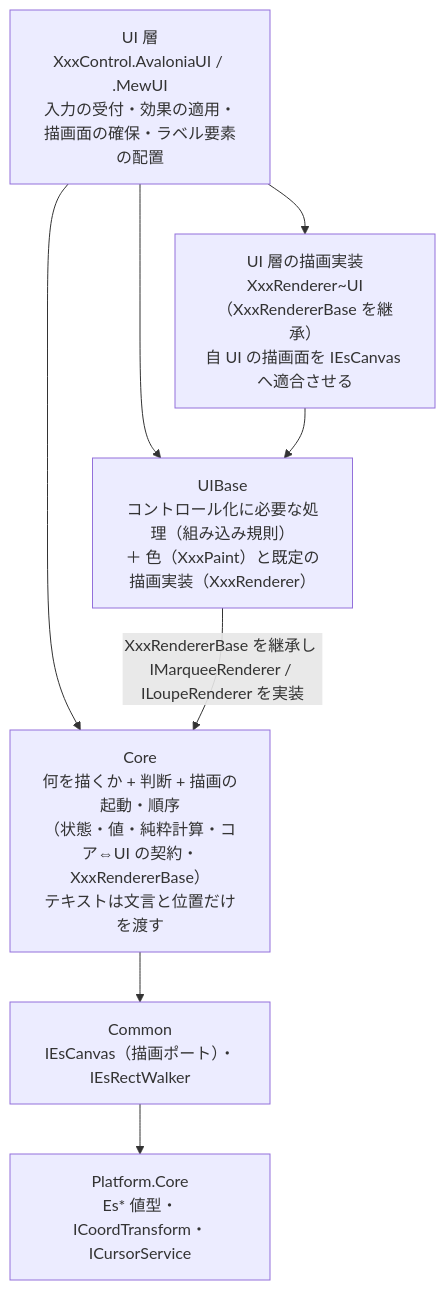
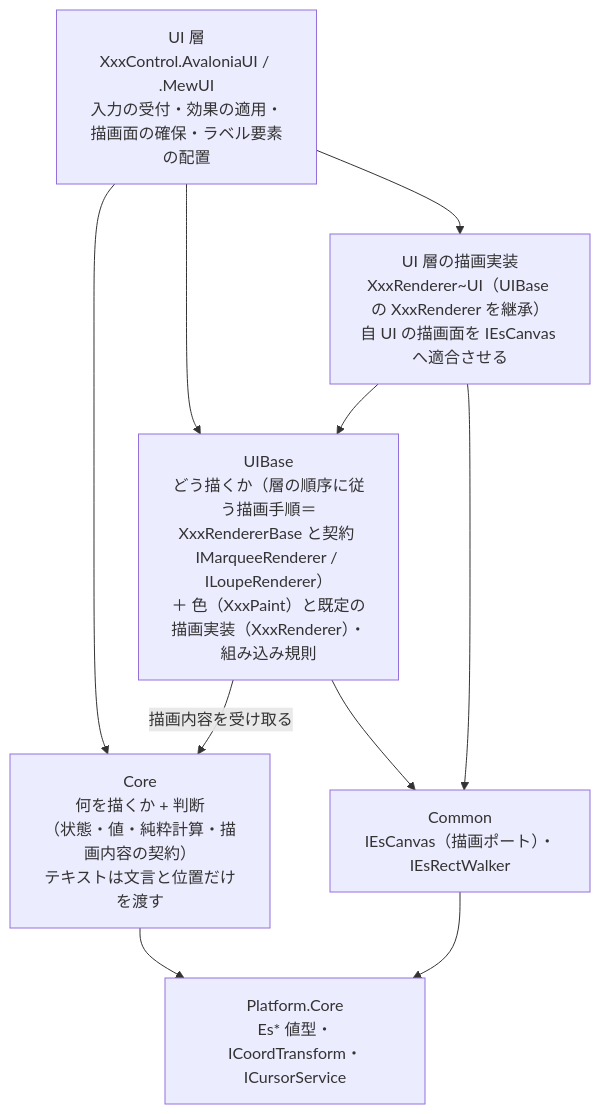
One commit to tomokuni/SaveEvidence changed the second of 2 diagrams in src/README.md. Above: the diagram before and after it, drawn with Mermaid. The commit also changed other lines of this file and 67 other files, not shown here.

````diff
--- a/src/README.md
+++ b/src/README.md
@@ -29,14 +29,16 @@
 ```mermaid
 flowchart TB
     UI["UI 層<br/>XxxControl.AvaloniaUI / .MewUI<br/>入力の受付・効果の適用・描画面の確保・ラベル要素の配置"]
-    UIR["UI 層の描画実装<br/>XxxRenderer~UI（XxxRendererBase を継承）<br/>自 UI の描画面を IEsCanvas へ適合させる"]
-    UB["UIBase<br/>コントロール化に必要な処理（組み込み規則）<br/>＋ 色（XxxPaint）と既定の描画実装（XxxRenderer）"]
-    CORE["Core<br/>何を描くか + 判断 + 描画の起動・順序<br/>（状態・値・純粋計算・コア⇔UI の契約・XxxRendererBase）<br/>テキストは文言と位置だけを渡す"]
+    UIR["UI 層の描画実装<br/>XxxRenderer~UI（UIBase の XxxRenderer を継承）<br/>自 UI の描画面を IEsCanvas へ適合させる"]
+    UB["UIBase<br/>どう描くか（層の順序に従う描画手順＝XxxRendererBase と契約 IMarqueeRenderer / ILoupeRenderer）<br/>＋ 色（XxxPaint）と既定の描画実装（XxxRenderer）・組み込み規則"]
+    CORE["Core<br/>何を描くか + 判断<br/>（状態・値・純粋計算・描画内容の契約）<br/>テキストは文言と位置だけを渡す"]
     UI --> UIR
     UI --> UB
     UI --> CORE
     UIR --> UB
-    UB -->|XxxRendererBase を継承し IMarqueeRenderer / ILoupeRenderer を実装| CORE
-    CORE --> CM["Common<br/>IEsCanvas（描画ポート）・IEsRectWalker"]
-    CM --> PC["Platform.Core<br/>Es* 値型・ICoordTransform・ICursorService"]
+    UB -->|描画内容を受け取る| CORE
+    UB --> CM["Common<br/>IEsCanvas（描画ポート）・IEsRectWalker"]
+    UIR --> CM
+    CORE --> PC["Platform.Core<br/>Es* 値型・ICoordTransform・ICursorService"]
+    CM --> PC
 ```
````
